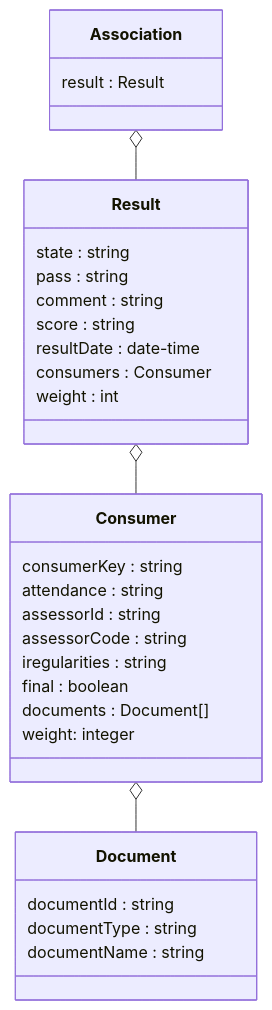
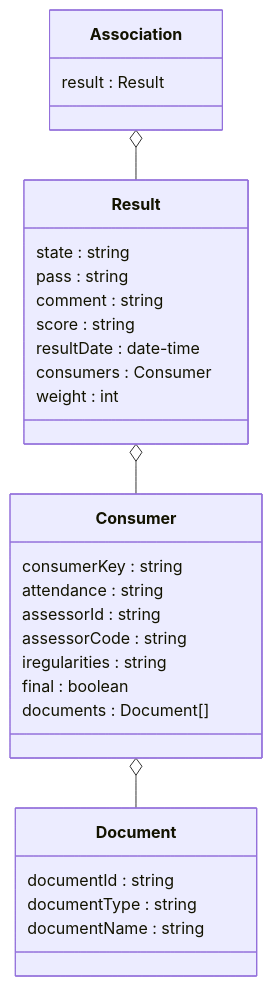
One commit to NetwerkExamineringDigitalisering/NED-OOAPI changed the second of 6 diagrams in doc/flow3.md. Above: the diagram before and after it, drawn with Mermaid.

````diff
--- a/doc/flow3.md
+++ b/doc/flow3.md
@@ -22,33 +22,32 @@
 ```mermaid
 classDiagram
     class Association {
 	result : Result
     }
     class Result {
     	state : string
 	pass : string
 	comment : string
 	score : string
 	resultDate : date-time
 	consumers : Consumer
 	weight : int
     }
     class Consumer {
 	consumerKey : string
 	attendance : string
 	assessorId : string
 	assessorCode : string 
 	iregularities : string
 	final : boolean 
 	documents : Document[]
-        weight: integer
     }
     class Document {
 	documentId : string
 	documentType : string
 	documentName : string
     }
     Association o-- Result
     Result o-- Consumer
     Consumer o-- Document
 ```
````
